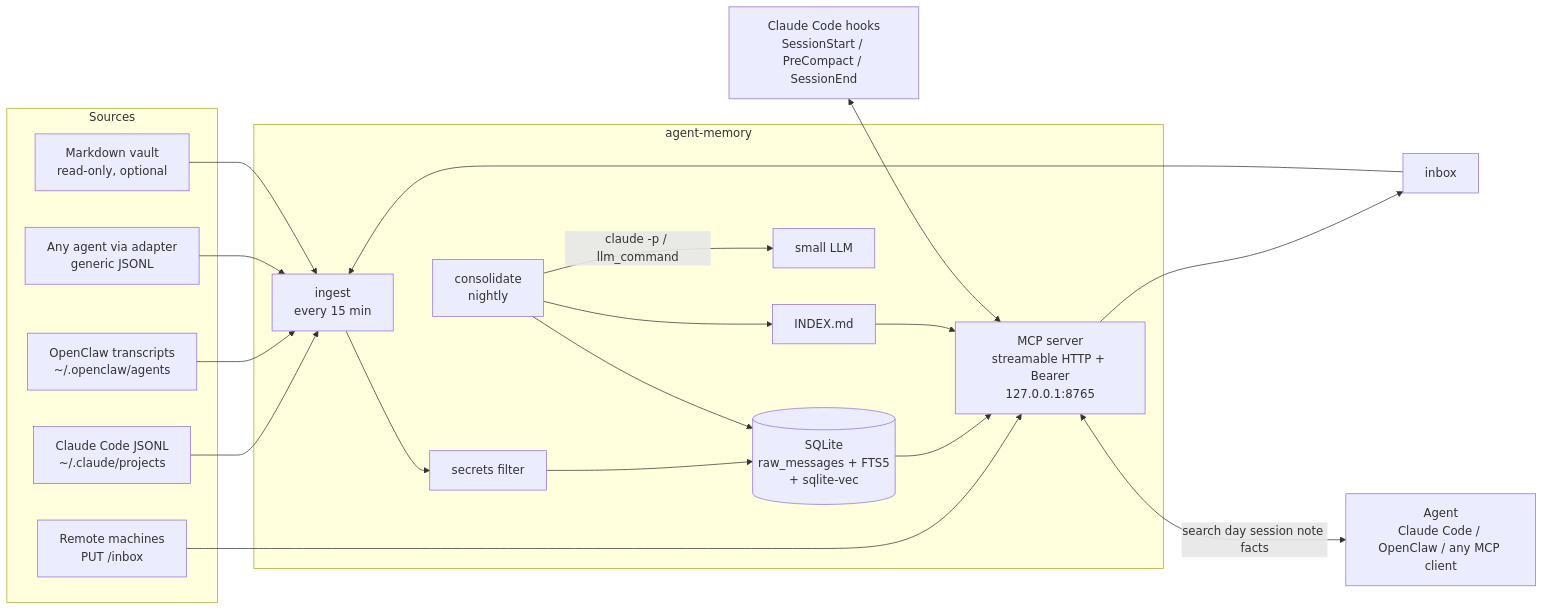
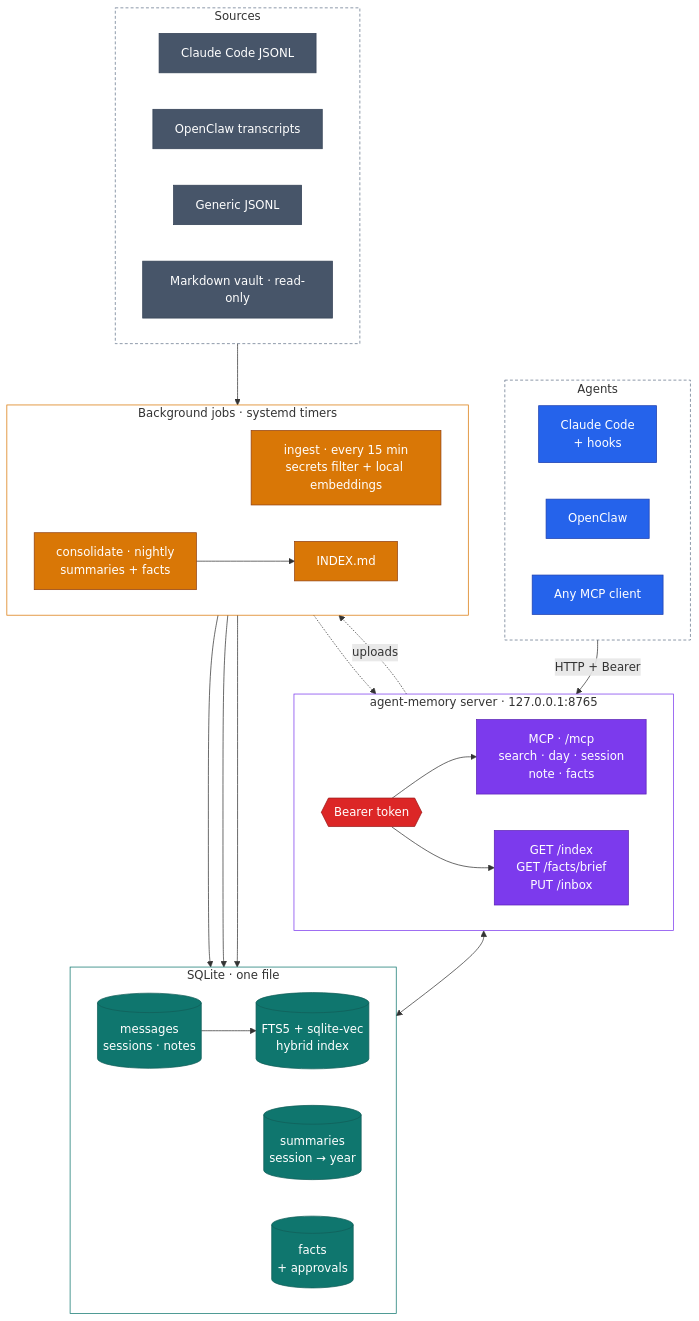
Before and after one commit to AlexGHerrera/agent-memory: the first of 4 diagrams in README.md, drawn with Mermaid. The commit also changed other lines of this file and 2 other files, not shown here.

First line of the commit message:
docs: polished README with Mermaid diagrams, banner and CI badge

````diff
--- a/README.md
+++ b/README.md
@@ -15,27 +136,67 @@
 ```mermaid
-flowchart LR
-  subgraph Sources
-    CC[Claude Code JSONL<br>~/.claude/projects]
-    OC[OpenClaw transcripts<br>~/.openclaw/agents]
-    AD[Any agent via adapter<br>generic JSONL]
-    VA[Markdown vault<br>read-only, optional]
-    UP[Remote machines<br>PUT /inbox]
+flowchart TB
+  subgraph clients["Agents"]
+    direction LR
+    CC["Claude Code<br/>+ hooks"]
+    OCA["OpenClaw"]
+    ANY["Any MCP client"]
   end
-  subgraph agent-memory
-    ING[ingest<br>every 15 min] --> SF[secrets filter]
-    SF --> DB[(SQLite<br>raw_messages + FTS5<br>+ sqlite-vec)]
-    CON[consolidate<br>nightly] --> DB
-    CON -->|claude -p / llm_command| LLM[small LLM]
-    CON --> IDX[INDEX.md]
-    SRV[MCP server<br>streamable HTTP + Bearer<br>127.0.0.1:8765]
+
+  subgraph server["agent-memory server · 127.0.0.1:8765"]
+    direction LR
+    AUTH{{"Bearer token"}} --> MCP["MCP · /mcp<br/>search · day · session<br/>note · facts"]
+    AUTH --> HTTP["GET /index<br/>GET /facts/brief<br/>PUT /inbox"]
   end
-  CC --> ING
-  OC --> ING
-  AD --> ING
-  VA --> ING
-  UP --> SRV --> UPI[inbox] --> ING
-  DB --> SRV
-  IDX --> SRV
-  SRV <-->|search day session note facts| AG[Agent<br>Claude Code / OpenClaw / any MCP client]
-  HK[Claude Code hooks<br>SessionStart / PreCompact / SessionEnd] <--> SRV
+
+  subgraph db["SQLite · one file"]
+    direction LR
+    RAW[("messages<br/>sessions · notes")]
+    IDXS[("FTS5 + sqlite-vec<br/>hybrid index")]
+    SUM[("summaries<br/>session → year")]
+    FACTS[("facts<br/>+ approvals")]
+  end
+
+  subgraph jobs["Background jobs · systemd timers"]
+    direction LR
+    ING["ingest · every 15 min<br/>secrets filter + local embeddings"]
+    CON["consolidate · nightly<br/>summaries + facts"]
+    INDEX["INDEX.md"]
+  end
+
+  subgraph sources["Sources"]
+    direction LR
+    S1["Claude Code JSONL"]
+    S2["OpenClaw transcripts"]
+    S3["Generic JSONL"]
+    S4["Markdown vault · read-only"]
+  end
+
+  clients -- "HTTP + Bearer" --> AUTH
+  MCP <--> db
+  sources --> ING
+  HTTP -. "uploads" .-> ING
+  ING --> RAW
+  RAW --> IDXS
+  CON --> SUM
+  CON --> FACTS
+  CON --> INDEX
+  INDEX -.-> HTTP
+
+  classDef client fill:#2563eb,stroke:#1e40af,color:#ffffff
+  classDef srv fill:#7c3aed,stroke:#5b21b6,color:#ffffff
+  classDef data fill:#0f766e,stroke:#115e59,color:#ffffff
+  classDef job fill:#d97706,stroke:#92400e,color:#ffffff
+  classDef src fill:#475569,stroke:#334155,color:#ffffff
+  classDef guard fill:#dc2626,stroke:#991b1b,color:#ffffff
+  class CC,OCA,ANY client
+  class MCP,HTTP srv
+  class AUTH guard
+  class RAW,IDXS,SUM,FACTS data
+  class ING,CON,INDEX job
+  class S1,S2,S3,S4 src
+  style clients fill:transparent,stroke:#64748b,stroke-dasharray:4 3
+  style server fill:transparent,stroke:#7c3aed
+  style db fill:transparent,stroke:#0f766e
+  style jobs fill:transparent,stroke:#d97706
+  style sources fill:transparent,stroke:#64748b,stroke-dasharray:4 3
 ```
````
